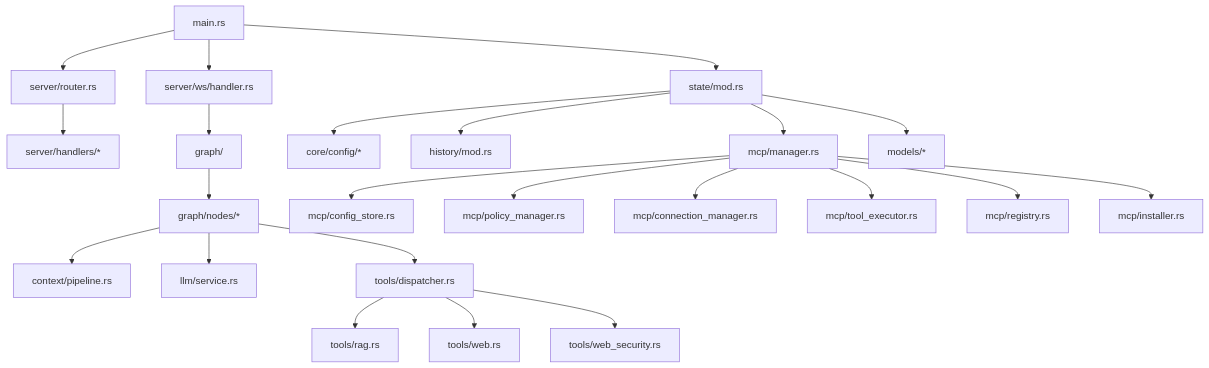
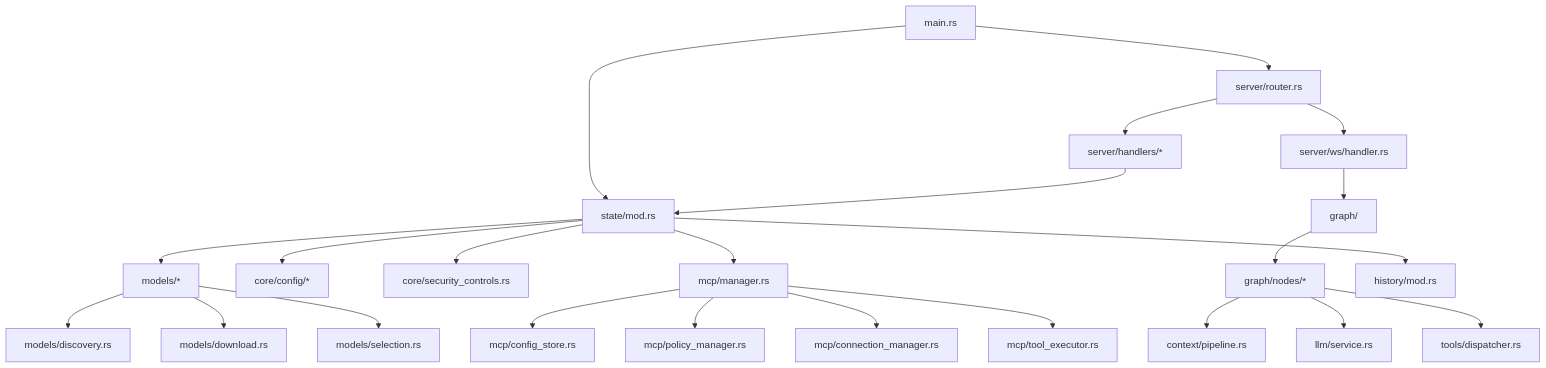
The second of 10 diagrams in docs/architecture/ARCHITECTURE.md (coco4atJP/Tepora-alpha), drawn with Mermaid before and after one commit. The commit also changed other lines of this file and 7 other files, not shown here.

````diff
--- a/docs/architecture/ARCHITECTURE.md
+++ b/docs/architecture/ARCHITECTURE.md
@@ -94,29 +94,29 @@
 ```mermaid
 graph TD
     Main[main.rs] --> Router[server/router.rs]
-    Main --> WS[server/ws/handler.rs]
     Main --> State[state/mod.rs]
 
     Router --> Handlers[server/handlers/*]
+    Router --> WS[server/ws/handler.rs]
+    Handlers --> State
     WS --> Graph[graph/]
 
     Graph --> Nodes[graph/nodes/*]
     Nodes --> Pipeline[context/pipeline.rs]
     Nodes --> LLM[llm/service.rs]
     Nodes --> Tools[tools/dispatcher.rs]
 
     State --> Config[core/config/*]
+    State --> Security[core/security_controls.rs]
+    State --> Models[models/*]
+    State --> MCP[mcp/manager.rs]
     State --> History[history/mod.rs]
-    State --> MCP[mcp/manager.rs]
-    State --> Models[models/*]
 
     MCP --> McpConfig[mcp/config_store.rs]
     MCP --> McpPolicy[mcp/policy_manager.rs]
     MCP --> McpConnection[mcp/connection_manager.rs]
     MCP --> McpTools[mcp/tool_executor.rs]
-    MCP --> McpRegistry[mcp/registry.rs]
-    MCP --> McpInstaller[mcp/installer.rs]
-    Tools --> ToolRag[tools/rag.rs]
-    Tools --> ToolWeb[tools/web.rs]
-    Tools --> ToolSecurity[tools/web_security.rs]
+    Models --> Discovery[models/discovery.rs]
+    Models --> Download[models/download.rs]
+    Models --> Selection[models/selection.rs]
 ```
````
